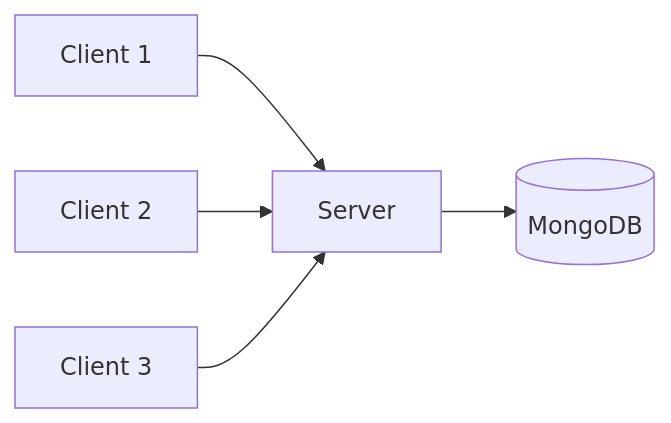
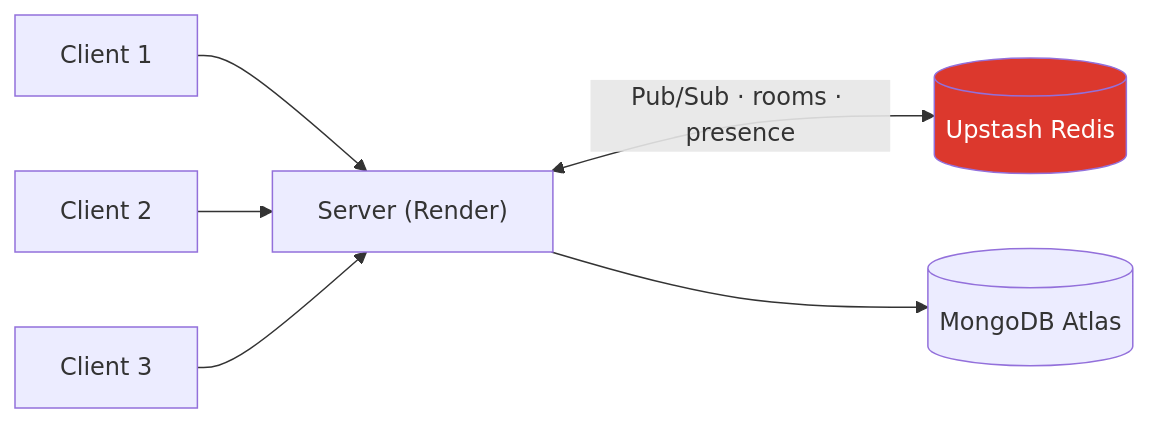
Diagram 16 of 19 in README.md (Priyansh9506/Hive), drawn with Mermaid before and after one commit. The commit also changed other lines of this file and 52 other files, not shown here.

````diff
--- a/README.md
+++ b/README.md
@@ -934,7 +1152,11 @@
 ```mermaid
 graph LR
-    C1["Client 1"] --> S["Server"]
+    C1["Client 1"] --> S["Server (Render)"]
     C2["Client 2"] --> S
     C3["Client 3"] --> S
-    S --> M[(MongoDB)]
+
+    S <-->|Pub/Sub · rooms · presence| REDIS[(Upstash Redis)]
+    S --> M[(MongoDB Atlas)]
+
+    style REDIS fill:#DC382D,color:#fff
 ```
````
